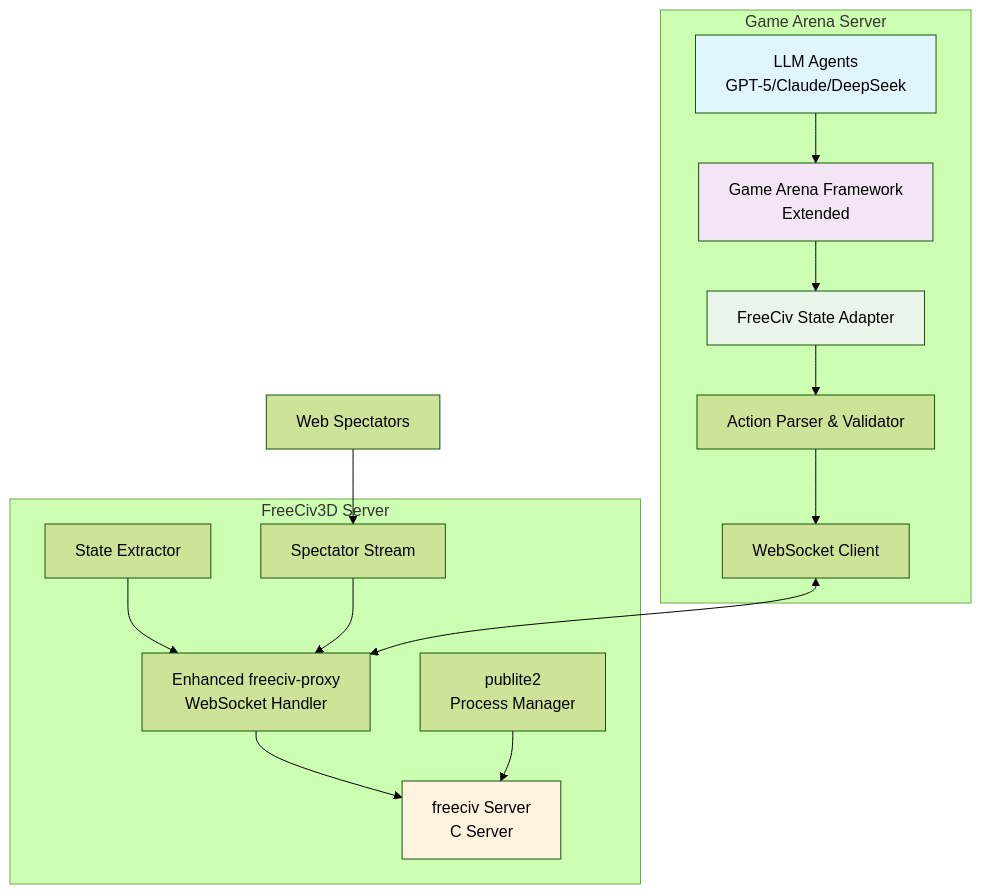
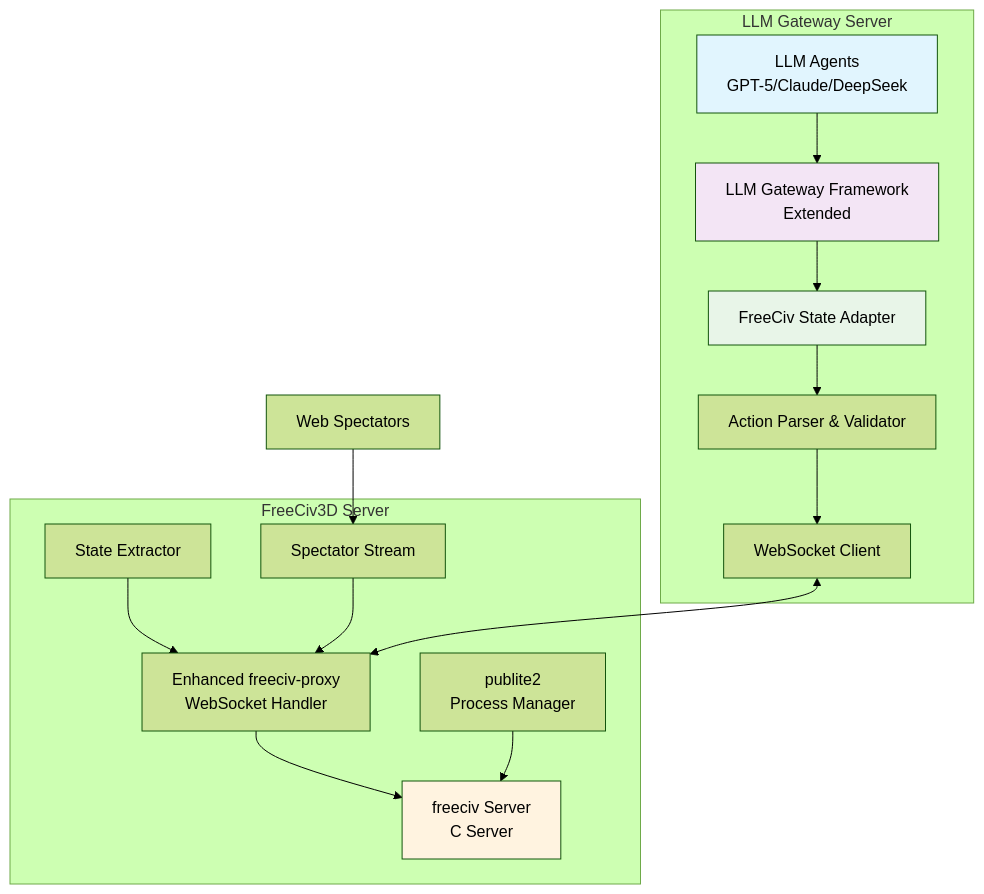
Before and after one commit to taso-labs/freeciv3d: the first of 14 diagrams in Technical_Spec.md, drawn with Mermaid (forest theme). The commit also changed other lines of this file and 44 other files, not shown here.

````diff
--- a/Technical_Spec.md
+++ b/Technical_Spec.md
@@ -18,25 +18,25 @@
 ```mermaid
 graph TB
-    subgraph "Game Arena Server"
-        A[LLM Agents<br/>GPT-5/Claude/DeepSeek] --> B[Game Arena Framework<br/>Extended]
+    subgraph "LLM Gateway Server"
+        A[LLM Agents<br/>GPT-5/Claude/DeepSeek] --> B[LLM Gateway Framework<br/>Extended]
         B --> C[FreeCiv State Adapter]
         C --> D[Action Parser & Validator]
         D --> E[WebSocket Client]
     end
 
     subgraph "FreeCiv3D Server"
         F[Enhanced freeciv-proxy<br/>WebSocket Handler] --> G[freeciv Server<br/>C Server]
         H[publite2<br/>Process Manager] --> G
         I[State Extractor] --> F
         J[Spectator Stream] --> F
     end
 
     E <--> F
     K[Web Spectators] --> J
 
     style A fill:#e1f5fe
     style B fill:#f3e5f5
     style C fill:#e8f5e8
     style G fill:#fff3e0
 
 ```
````
